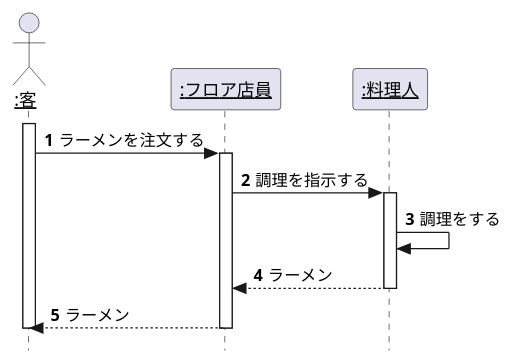
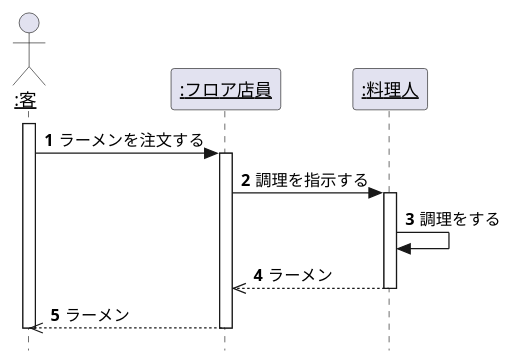
One commit to Takhshi/uml-introduction changed the diagram in 演習4-1_SD_ラーメン屋さんでの注文.pu. Above: the diagram before and after it, drawn with PlantUML. The commit also changed 1 other file, not shown here.

```diff
--- a/演習4-1_SD_ラーメン屋さんでの注文.pu
+++ b/演習4-1_SD_ラーメン屋さんでの注文.pu
@@ -1,22 +1,22 @@
 @startuml 演習4-1_SD_ラーメン屋さんでの注文
 hide footbox
      'メッセージに自動で番号を降る
 autonumber
     ' 厳密なUMLに準拠する
 skinparam style strictuml
 actor "<U>:客</u>" as custmer
 participant "<u>:フロア店員</u>" as clerk
 participant "<u>:料理人</u>" as cook
 activate custmer
     custmer -> clerk:ラーメンを注文する
     activate clerk
         clerk -> cook:調理を指示する    
         activate cook
             cook -> cook:調理をする
-            clerk <-- cook:ラーメン
+            clerk <<-- cook:ラーメン
         deactivate cook
-        custmer <-- clerk:ラーメン
+        custmer <<-- clerk:ラーメン
     deactivate clerk
 deactivate custmer
 
 @enduml
```
